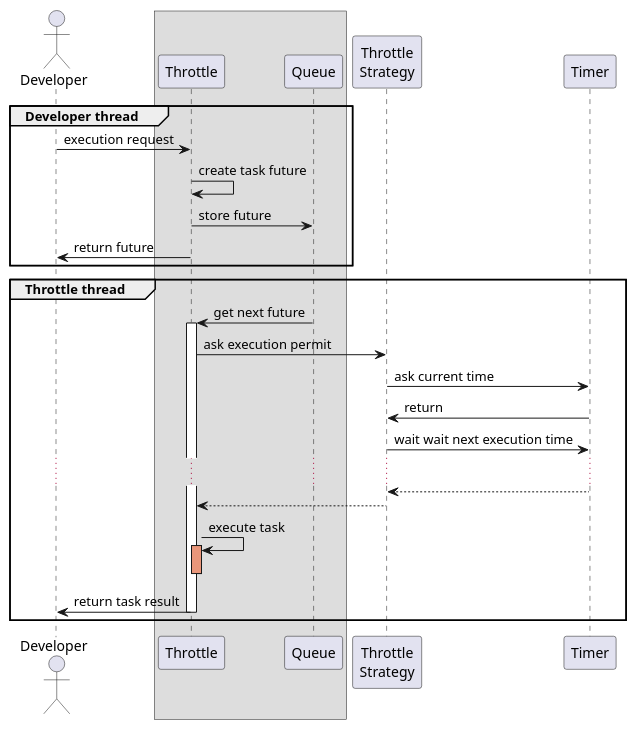
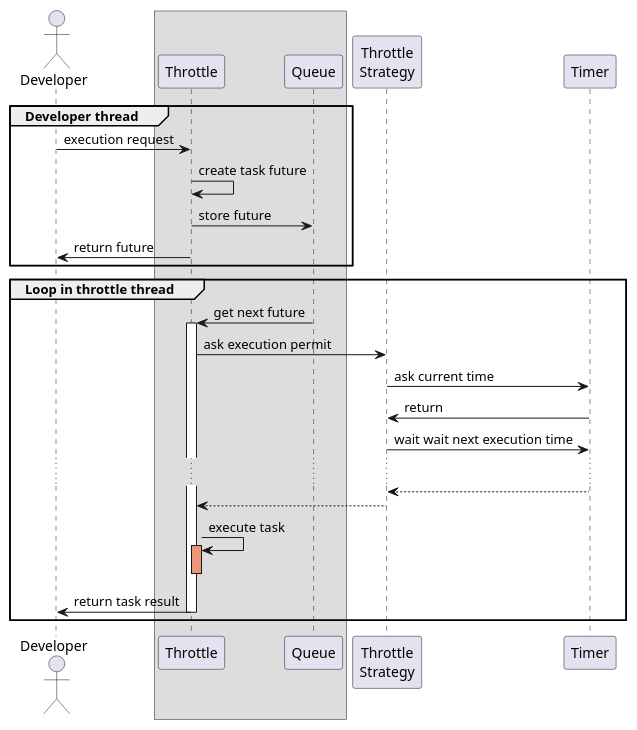
The diagram in sequence.puml (akryvtsun/throttle), drawn with PlantUML before and after one commit.

Commit message:
update diagram 2

```diff
--- a/sequence.puml
+++ b/sequence.puml
@@ -1,35 +1,36 @@
 @startuml
+
 actor Developer as D
 box
 participant Throttle as Tr
 participant Queue as Q
 end box
 participant "Throttle\nStrategy" as TrS
 participant Timer as T
 
 group Developer thread
 D -> Tr: execution request
 Tr -> Tr: create task future
 Tr -> Q: store future
 D <- Tr: return future
 end
 
-group Throttle thread
+group Loop in throttle thread
 Tr <- Q: get next future
 activate Tr
 Tr -> TrS: ask execution permit
 TrS -> T: ask current time
 TrS <- T: return
 TrS -> T: wait wait next execution time
 ...
 TrS <-- T
 Tr <-- TrS
 Tr -> Tr: execute task
 activate Tr #DarkSalmon
 deactivate Tr
 
 D <- Tr: return task result
 deactivate Tr
 end
 
 @enduml
```
